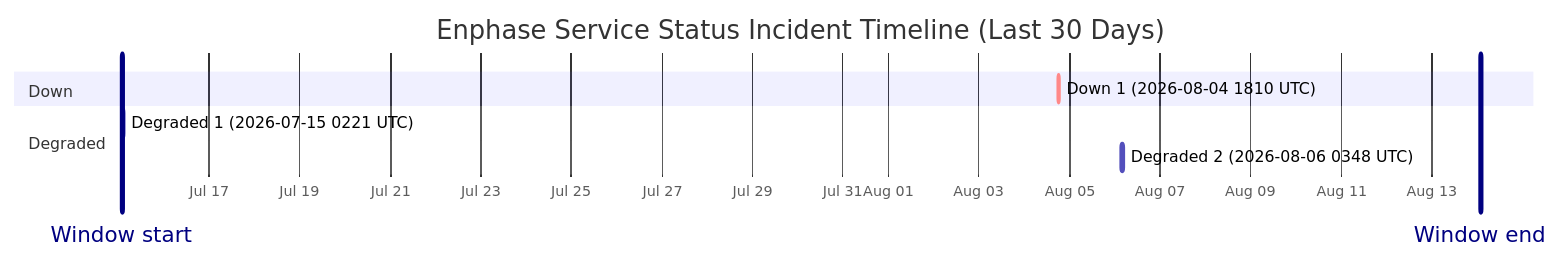
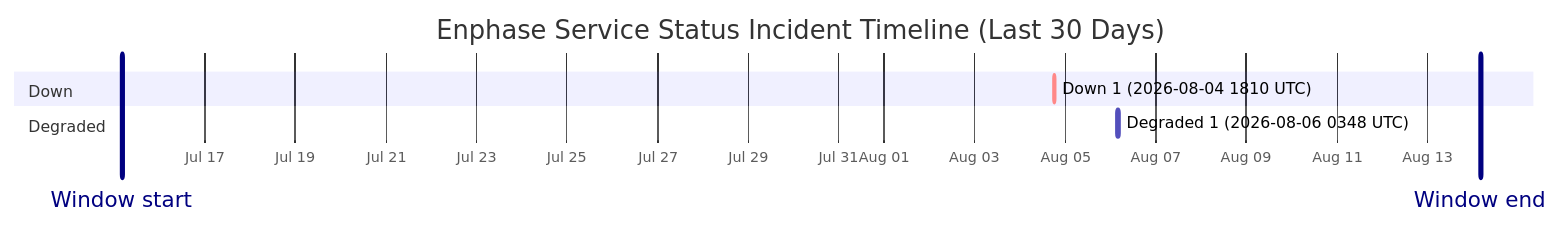
Before and after one commit to barneyonline/ha-enphase-energy: the diagram in wiki/Service-Status-History.md, drawn with Mermaid. The commit also changed other lines of this file and 3 other files, not shown here.

````diff
--- a/wiki/Service-Status-History.md
+++ b/wiki/Service-Status-History.md
@@ -14,13 +14,12 @@
 ```mermaid
 gantt
     title Enphase Service Status Incident Timeline (Last 30 Days)
     dateFormat  YYYY-MM-DDTHH:mm:ss
     axisFormat  %b %d
-    Window start :vert, window-start, 2026-07-15T01:48:27, 0ms
-    Window end :vert, window-end, 2026-08-14T01:48:27, 0ms
+    Window start :vert, window-start, 2026-07-15T04:06:57, 0ms
+    Window end :vert, window-end, 2026-08-14T04:06:57, 0ms
     section Down
     Down 1 (2026-08-04 1810 UTC) :crit, down-1, 2026-08-04T18:10:46, 60m
     section Degraded
-    Degraded 1 (2026-07-15 0221 UTC) :active, degraded-1, 2026-07-15T02:21:35, 60m
-    Degraded 2 (2026-08-06 0348 UTC) :active, degraded-2, 2026-08-06T03:48:14, 60m
+    Degraded 1 (2026-08-06 0348 UTC) :active, degraded-1, 2026-08-06T03:48:14, 60m
 ```
````
